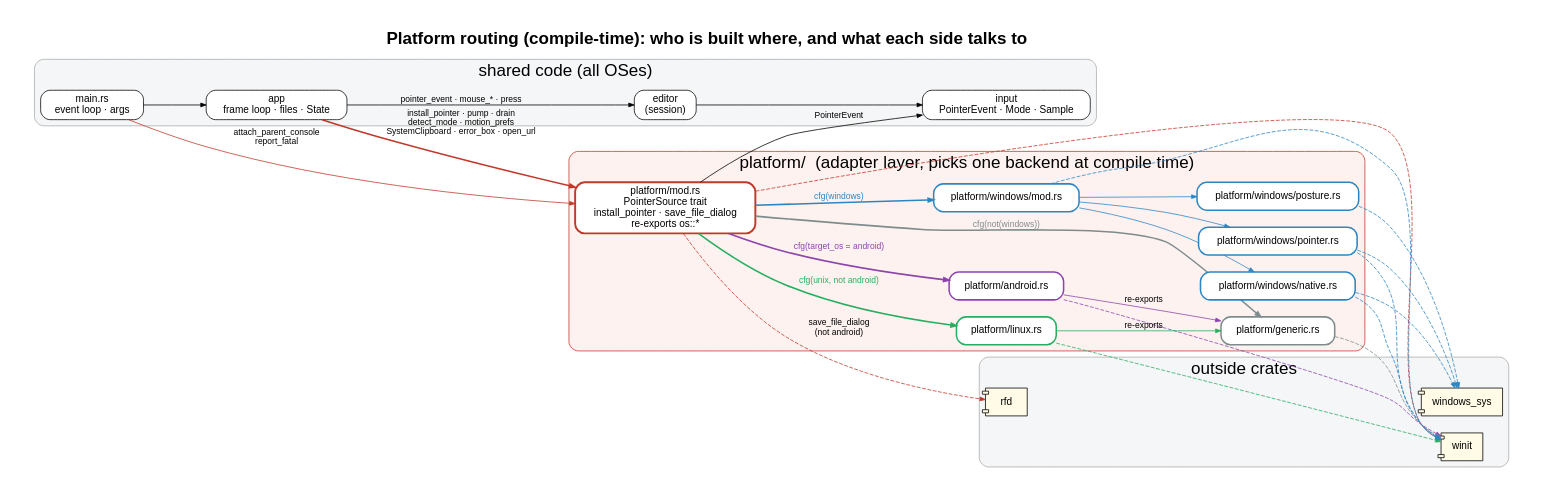
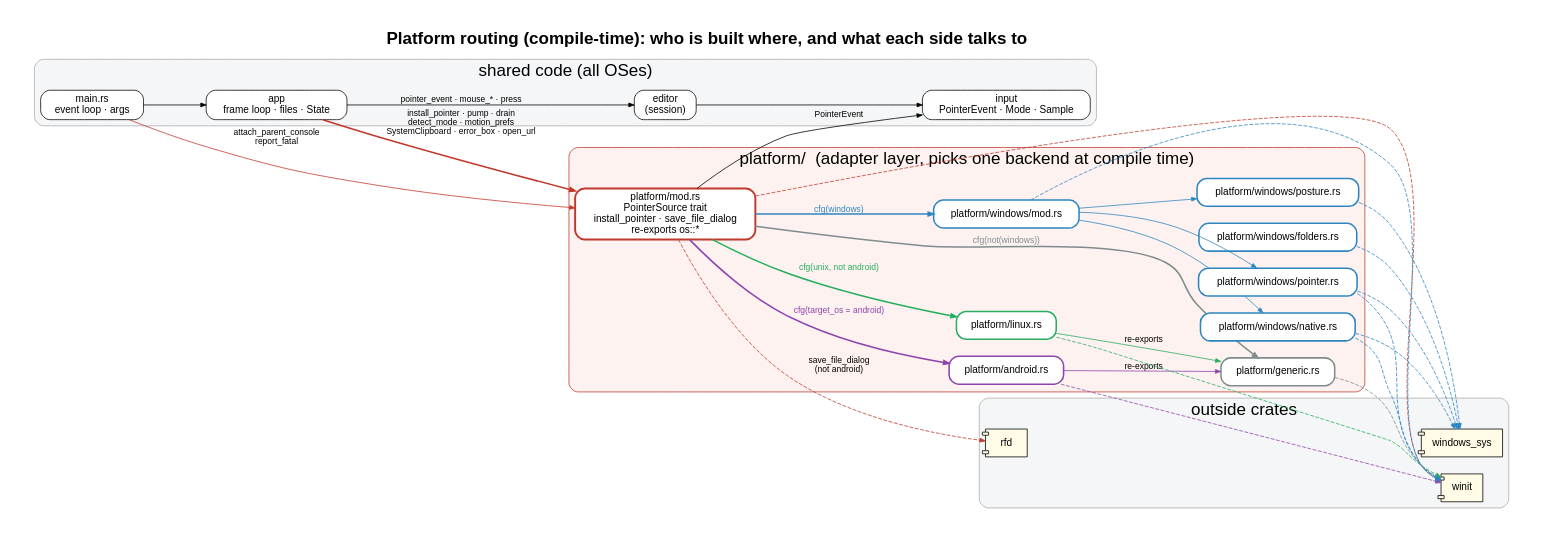
Before and after one commit to rajatmo/inkpdf: the diagram in docs/deps/platform.dot, drawn with Graphviz. The commit also changed 38 other files, not shown here.

```diff
--- a/docs/deps/platform.dot
+++ b/docs/deps/platform.dot
@@ -1,54 +1,56 @@
 digraph P {
 rankdir=LR; newrank=true; splines=true; nodesep=0.3; ranksep=1.1; pad=0.4;
 label=<<b>Platform routing (compile-time): who is built where, and what each side talks to</b>>; labelloc=t; fontsize=22; fontname="Helvetica";
 node [shape=box, style="rounded,filled", fillcolor=white, fontname="Helvetica", fontsize=13, margin="0.14,0.07"];
 edge [arrowsize=0.7, fontname="Helvetica", fontsize=11];
 subgraph cluster_shared { label="shared code (all OSes)"; style="rounded,filled"; fillcolor="#f4f6f7"; color="#aaaaaa"; fontname="Helvetica";
   "app" [label="app\nframe loop · files · State"];
   "main" [label="main.rs\nevent loop · args"];
   "editor" [label="editor\n(session)"];
   "input" [label="input\nPointerEvent · Mode · Sample"];
 }
 subgraph cluster_plat { label="platform/  (adapter layer, picks one backend at compile time)"; style="rounded,filled"; fillcolor="#fdf2f0"; color="#c0392b"; fontname="Helvetica";
   "platform_mod" [label="platform/mod.rs\nPointerSource trait\ninstall_pointer · save_file_dialog\nre-exports os::*", penwidth=2.5, color="#c0392b"];
   "p_android" [label="platform/android.rs", color="#8e44ad", penwidth=2];
   "p_generic" [label="platform/generic.rs", color="#7f8c8d", penwidth=2];
   "p_linux" [label="platform/linux.rs", color="#27ae60", penwidth=2];
+  "p_windows_folders" [label="platform/windows/folders.rs", color="#2e86c1", penwidth=2];
   "p_windows_mod" [label="platform/windows/mod.rs", color="#2e86c1", penwidth=2];
   "p_windows_native" [label="platform/windows/native.rs", color="#2e86c1", penwidth=2];
   "p_windows_pointer" [label="platform/windows/pointer.rs", color="#2e86c1", penwidth=2];
   "p_windows_posture" [label="platform/windows/posture.rs", color="#2e86c1", penwidth=2];
 }
 subgraph cluster_ext { label="outside crates"; style="rounded,filled"; fillcolor="#f4f6f7"; color="#aaaaaa"; fontname="Helvetica";
   "x_winit" [label="winit", shape=component, fillcolor="#fffbe6"];
   "x_windows_sys" [label="windows_sys", shape=component, fillcolor="#fffbe6"];
   "x_rfd" [label="rfd", shape=component, fillcolor="#fffbe6"];
 }
 "main" -> "app"
 "app" -> "platform_mod" [label="install_pointer · pump · drain\ndetect_mode · motion_prefs\nSystemClipboard · error_box · open_url", penwidth=2, color="#c0392b"]
 "app" -> "editor" [label="pointer_event · mouse_* · press"]
 "main" -> "platform_mod" [label="attach_parent_console\nreport_fatal", color="#c0392b"]
 "platform_mod" -> "input" [label="PointerEvent"]
 "editor" -> "input"
 "platform_mod" -> "p_android" [label="cfg(target_os = android)", color="#8e44ad", penwidth=2, fontcolor="#8e44ad"]
 "p_android" -> "x_winit" [color="#8e44ad", style=dashed]
 "platform_mod" -> "p_generic" [label="cfg(not(windows))", color="#7f8c8d", penwidth=2, fontcolor="#7f8c8d"]
 "p_generic" -> "x_winit" [color="#7f8c8d", style=dashed]
 "platform_mod" -> "p_linux" [label="cfg(unix, not android)", color="#27ae60", penwidth=2, fontcolor="#27ae60"]
 "p_linux" -> "x_winit" [color="#27ae60", style=dashed]
+"p_windows_folders" -> "x_windows_sys" [color="#2e86c1", style=dashed]
 "platform_mod" -> "p_windows_mod" [label="cfg(windows)", color="#2e86c1", penwidth=2, fontcolor="#2e86c1"]
 "p_windows_mod" -> "x_winit" [color="#2e86c1", style=dashed]
 "p_windows_native" -> "x_windows_sys" [color="#2e86c1", style=dashed]
 "p_windows_native" -> "x_winit" [color="#2e86c1", style=dashed]
 "p_windows_pointer" -> "x_windows_sys" [color="#2e86c1", style=dashed]
 "p_windows_pointer" -> "x_winit" [color="#2e86c1", style=dashed]
 "p_windows_posture" -> "x_windows_sys" [color="#2e86c1", style=dashed]
 "platform_mod" -> "x_rfd" [label="save_file_dialog\n(not android)", style=dashed, color="#c0392b"]
 "platform_mod" -> "x_winit" [style=dashed, color="#c0392b"]
 "p_windows_mod" -> "p_windows_pointer" [color="#2e86c1"]
 "p_windows_mod" -> "p_windows_native" [color="#2e86c1"]
 "p_windows_mod" -> "p_windows_posture" [color="#2e86c1"]
 "p_linux" -> "p_generic" [label="re-exports", color="#27ae60"]
 "p_android" -> "p_generic" [label="re-exports", color="#8e44ad"]
 {rank=same; "p_windows_mod"; "p_linux"; "p_android";}
 }
```
